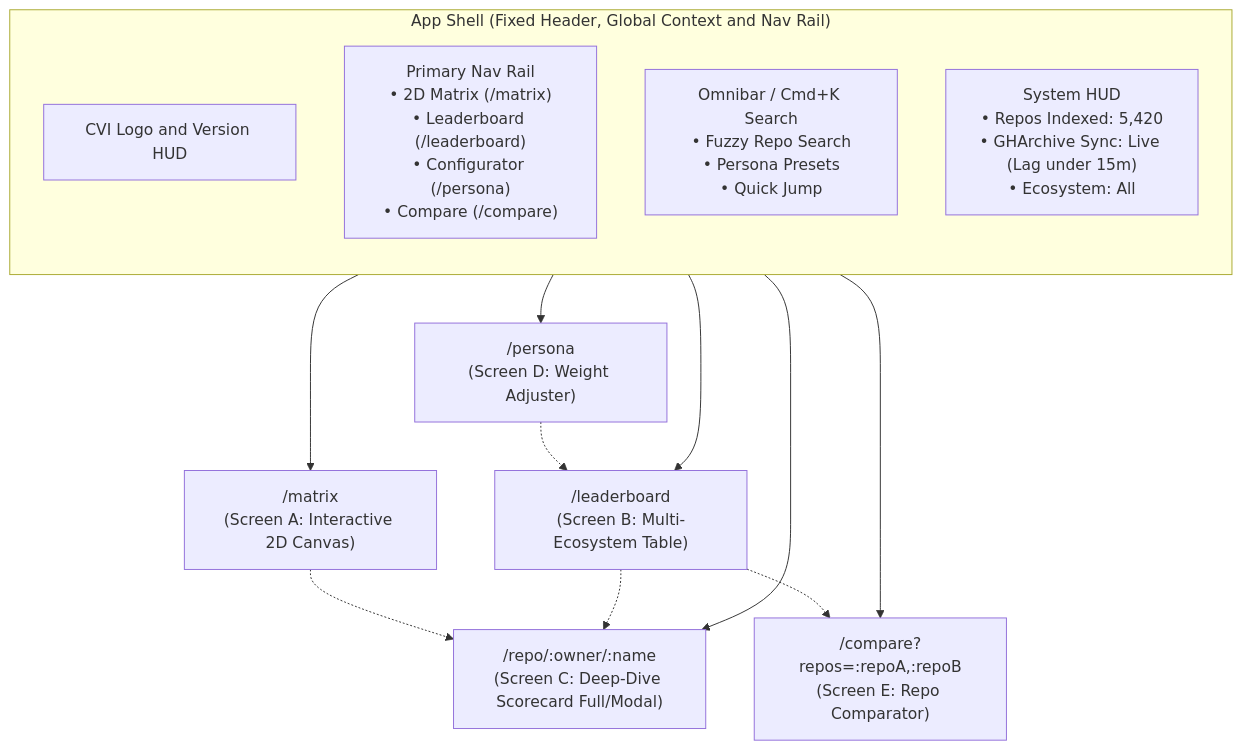
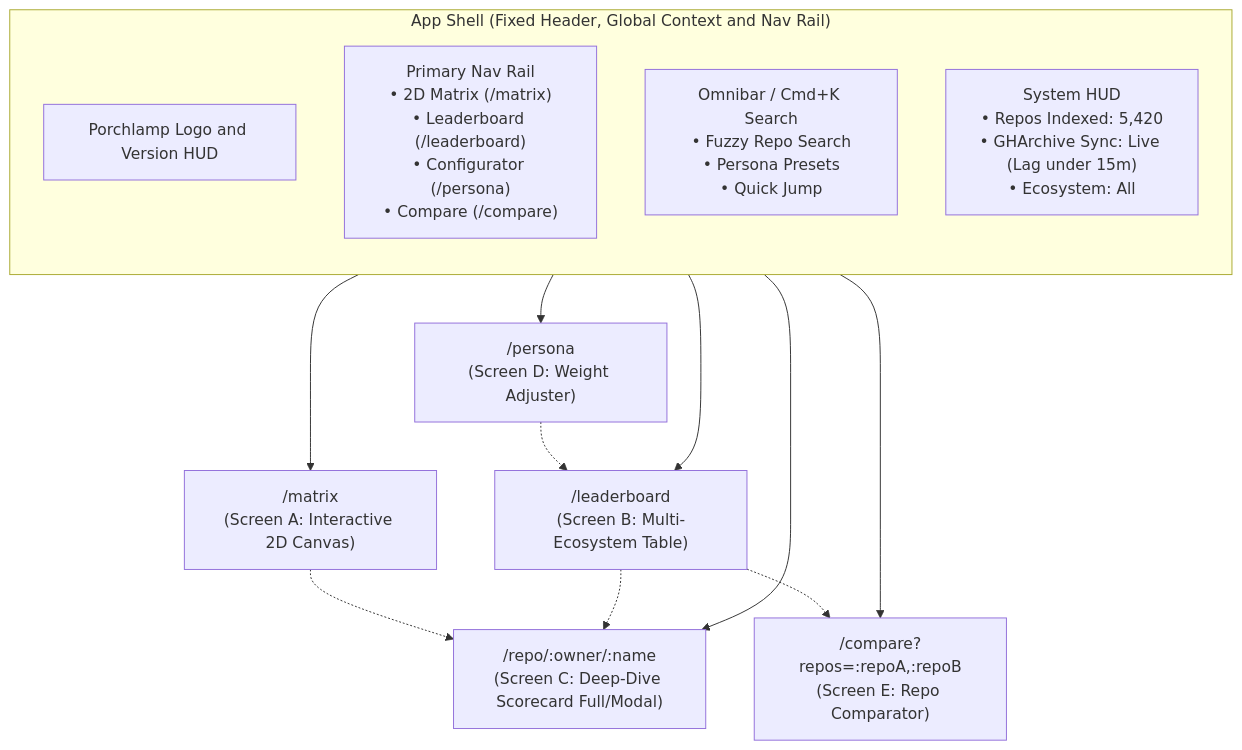
One commit to pctablet505/porchlamp-engine changed the third of 10 diagrams in docs/UI_UX_SPECIFICATION.md. Above: the diagram before and after it, drawn with Mermaid. The commit also changed other lines of this file and 643 other files, not shown here.

````diff
--- a/docs/UI_UX_SPECIFICATION.md
+++ b/docs/UI_UX_SPECIFICATION.md
@@ -103,21 +103,21 @@
 ```mermaid
 flowchart TD
     subgraph GlobalShell ["App Shell (Fixed Header, Global Context and Nav Rail)"]
         direction TB
-        Brand["CVI Logo and Version HUD"]
+        Brand["Porchlamp Logo and Version HUD"]
         NavRail["Primary Nav Rail<br/>• 2D Matrix (/matrix)<br/>• Leaderboard (/leaderboard)<br/>• Configurator (/persona)<br/>• Compare (/compare)"]
         Omnibar["Omnibar / Cmd+K Search<br/>• Fuzzy Repo Search<br/>• Persona Presets<br/>• Quick Jump"]
         ContextStatus["System HUD<br/>• Repos Indexed: 5,420<br/>• GHArchive Sync: Live (Lag under 15m)<br/>• Ecosystem: All"]
     end
 
     GlobalShell --> RouteMatrix["/matrix<br/>(Screen A: Interactive 2D Canvas)"]
     GlobalShell --> RouteLeaderboard["/leaderboard<br/>(Screen B: Multi-Ecosystem Table)"]
     GlobalShell --> RouteRepo["/repo/:owner/:name<br/>(Screen C: Deep-Dive Scorecard Full/Modal)"]
     GlobalShell --> RouteConfig["/persona<br/>(Screen D: Weight Adjuster)"]
     GlobalShell --> RouteCompare["/compare?repos=:repoA,:repoB<br/>(Screen E: Repo Comparator)"]
 
     RouteMatrix -.-> RouteRepo
     RouteLeaderboard -.-> RouteRepo
     RouteLeaderboard -.-> RouteCompare
     RouteConfig -.-> RouteLeaderboard
 ```
````
